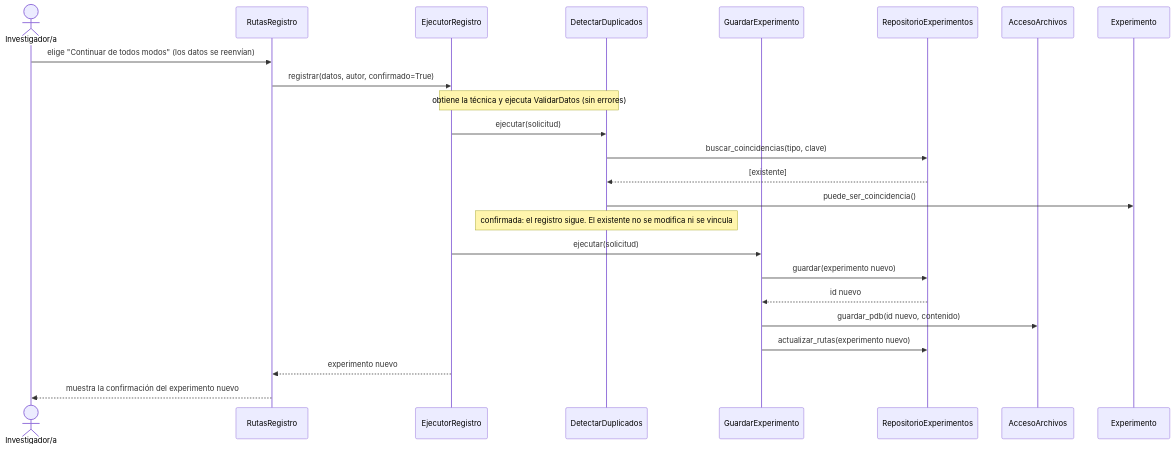
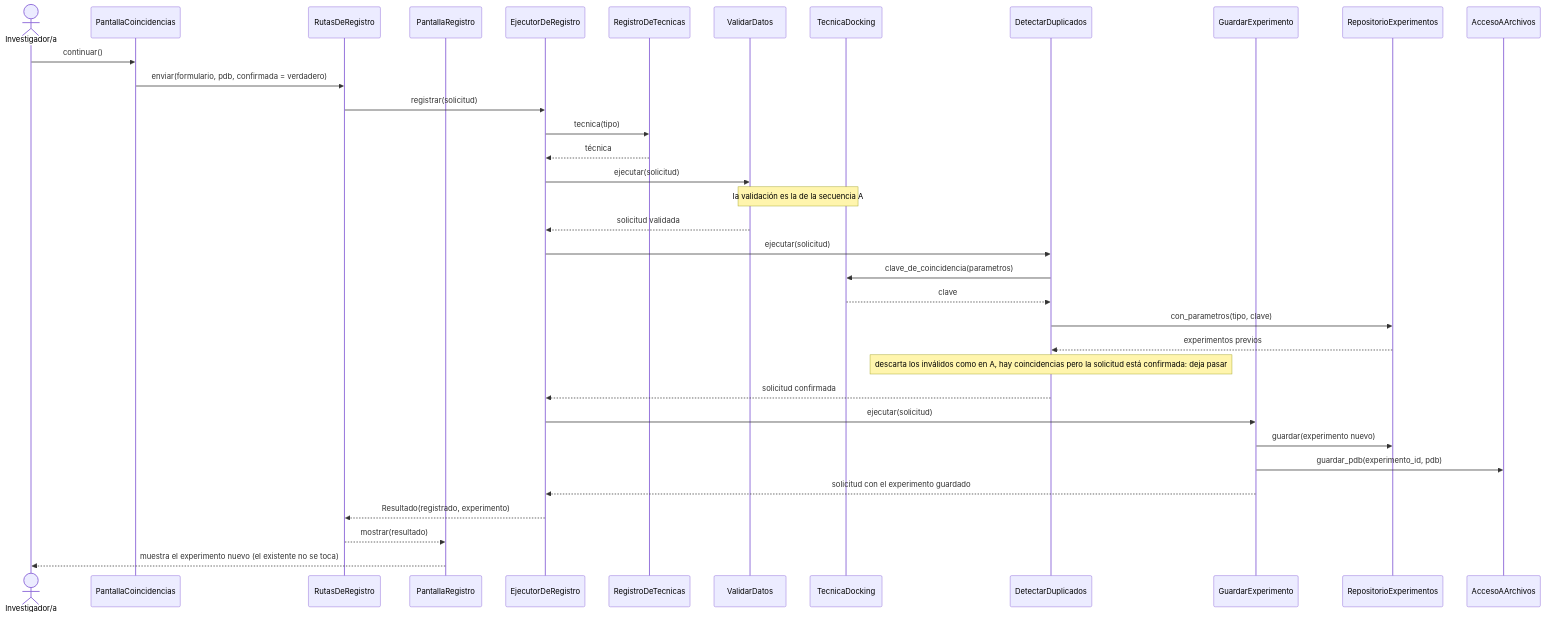
The fourth of 5 diagrams in diseno-detallado.md (juliana203/cosas-mias), drawn with Mermaid before and after one commit. The commit also changed other lines of this file, not shown here.

````diff
--- a/diseno-detallado.md
+++ b/diseno-detallado.md
@@ -269,26 +300,37 @@
 ```mermaid
 sequenceDiagram
     actor Inv as Investigador/a
-    participant RR as RutasRegistro
-    participant EJ as EjecutorRegistro
-    participant DD as DetectarDuplicados
-    participant GE as GuardarExperimento
-    participant REP as RepositorioExperimentos
-    participant AA as AccesoArchivos
-    participant E as Experimento
-    Inv->>RR: elige "Continuar de todos modos" (los datos se reenvían)
-    RR->>EJ: registrar(datos, autor, confirmado=True)
-    Note over EJ,DD: obtiene la técnica y ejecuta ValidarDatos (sin errores)
-    EJ->>DD: ejecutar(solicitud)
-    DD->>REP: buscar_coincidencias(tipo, clave)
-    REP-->>DD: [existente]
-    DD->>E: puede_ser_coincidencia()
-    Note over DD: confirmada: el registro sigue. El existente no se modifica ni se vincula
-    EJ->>GE: ejecutar(solicitud)
-    GE->>REP: guardar(experimento nuevo)
-    REP-->>GE: id nuevo
-    GE->>AA: guardar_pdb(id nuevo, contenido)
-    GE->>REP: actualizar_rutas(experimento nuevo)
-    EJ-->>RR: experimento nuevo
-    RR-->>Inv: muestra la confirmación del experimento nuevo
+    participant PC as PantallaCoincidencias
+    participant RR as RutasDeRegistro
+    participant PR as PantallaRegistro
+    participant E as EjecutorDeRegistro
+    participant RT as RegistroDeTecnicas
+    participant V as ValidarDatos
+    participant T as TecnicaDocking
+    participant D as DetectarDuplicados
+    participant G as GuardarExperimento
+    participant RX as RepositorioExperimentos
+    participant AF as AccesoAArchivos
+    Inv->>PC: continuar()
+    PC->>RR: enviar(formulario, pdb, confirmada = verdadero)
+    RR->>E: registrar(solicitud)
+    E->>RT: tecnica(tipo)
+    RT-->>E: técnica
+    E->>V: ejecutar(solicitud)
+    Note over V,T: la validación es la de la secuencia A
+    V-->>E: solicitud validada
+    E->>D: ejecutar(solicitud)
+    D->>T: clave_de_coincidencia(parametros)
+    T-->>D: clave
+    D->>RX: con_parametros(tipo, clave)
+    RX-->>D: experimentos previos
+    Note over D: descarta los inválidos como en A, hay coincidencias pero la solicitud está confirmada: deja pasar
+    D-->>E: solicitud confirmada
+    E->>G: ejecutar(solicitud)
+    G->>RX: guardar(experimento nuevo)
+    G->>AF: guardar_pdb(experimento_id, pdb)
+    G-->>E: solicitud con el experimento guardado
+    E-->>RR: Resultado(registrado, experimento)
+    RR-->>PR: mostrar(resultado)
+    PR-->>Inv: muestra el experimento nuevo (el existente no se toca)
 ```
````
